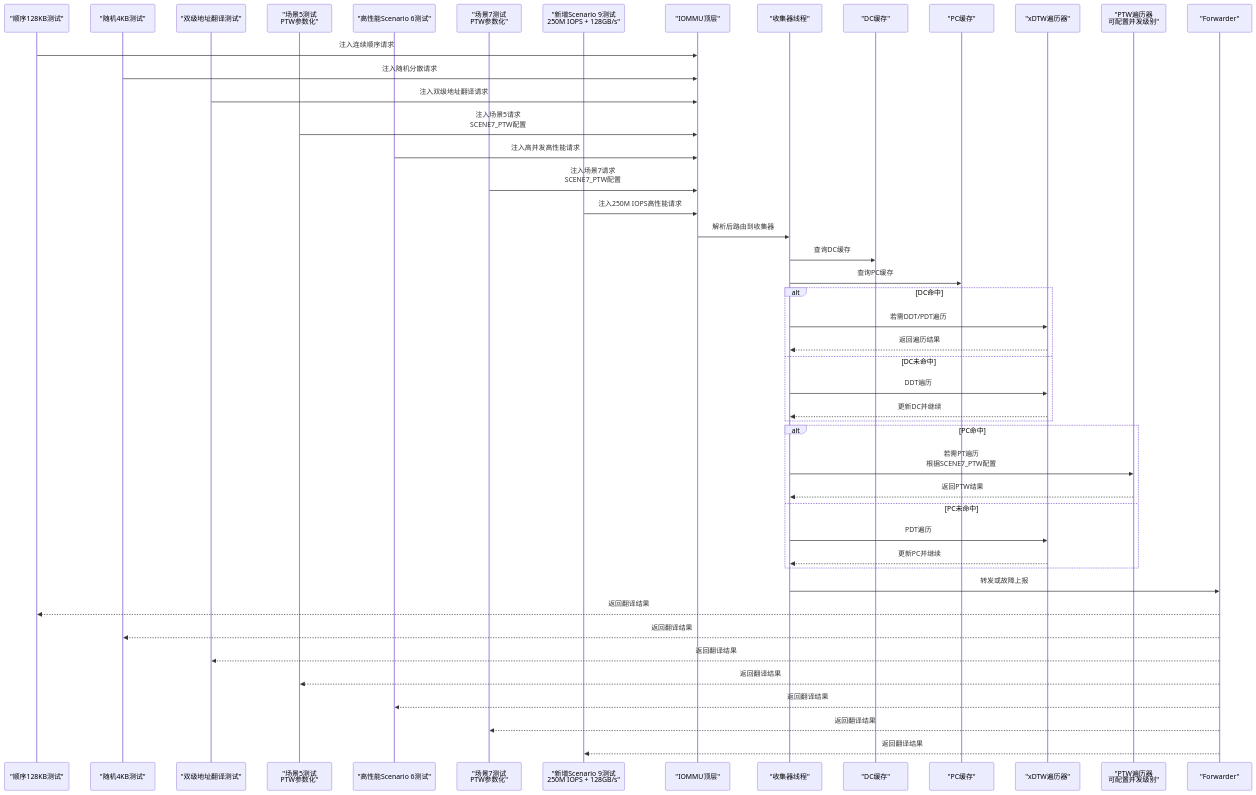
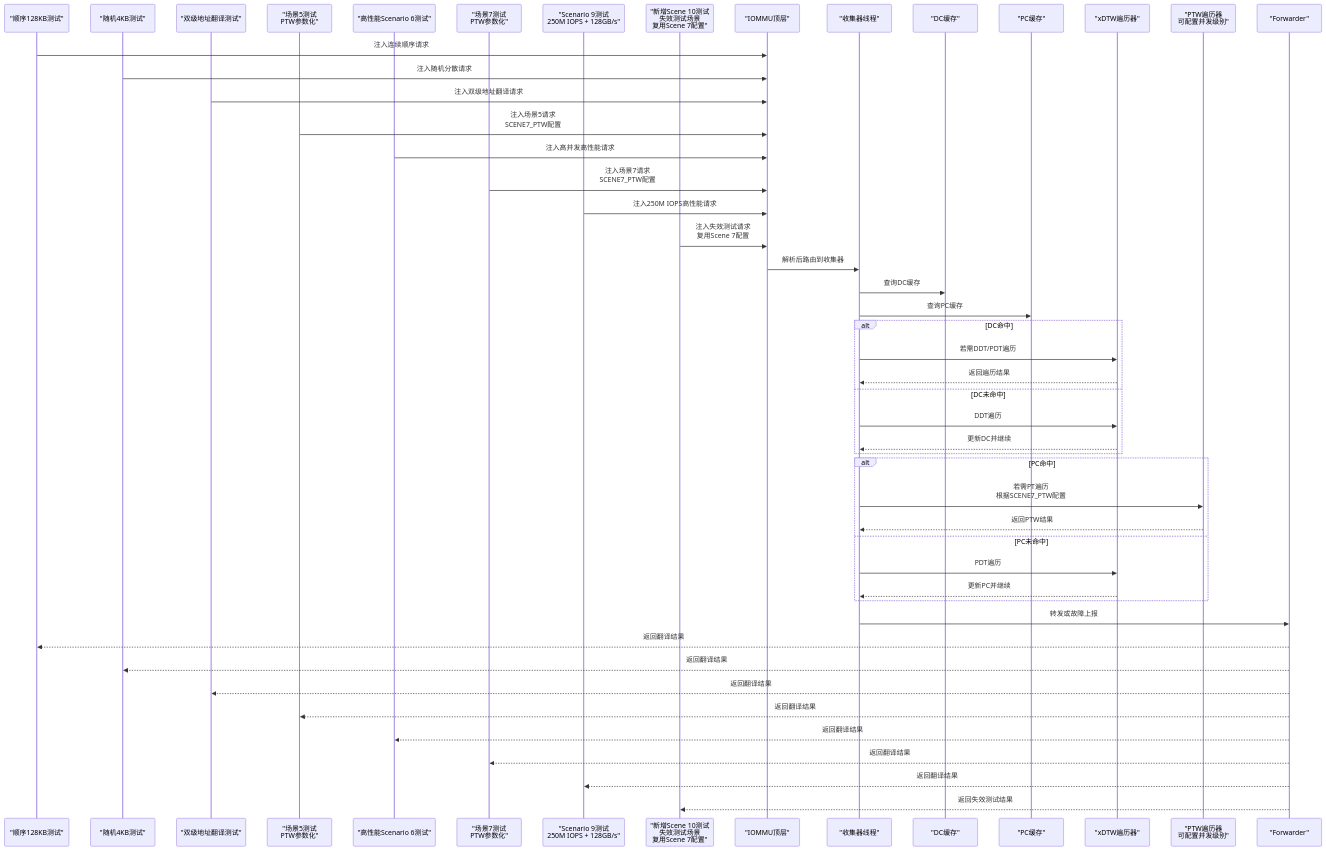
The second of 6 diagrams in .qoder/repowiki/zh/content/性能模型/性能基准测试.md (jiangjiang1122/iommu_model_20260401_v1), drawn with Mermaid before and after one commit. The commit also changed other lines of this file and 159 other files, not shown here.

Commit message:
chore: 更新知识库文档 + 新增PTW并发分析图表与数据文件

````diff
--- a/.qoder/repowiki/zh/content/性能模型/性能基准测试.md
+++ b/.qoder/repowiki/zh/content/性能模型/性能基准测试.md
@@ -148,49 +149,52 @@
 ```mermaid
 sequenceDiagram
 participant SCENE1 as "顺序128KB测试"
 participant SCENE2 as "随机4KB测试"
 participant SCENE3 as "双级地址翻译测试"
 participant SCENE5 as "场景5测试<br/>PTW参数化"
 participant SCENE6 as "高性能Scenario 6测试"
 participant SCENE7 as "场景7测试<br/>PTW参数化"
-participant SCENE9 as "新增Scenario 9测试<br/>250M IOPS + 128GB/s"
+participant SCENE9 as "Scenario 9测试<br/>250M IOPS + 128GB/s"
+participant SCENE10 as "新增Scene 10测试<br/>失效测试场景<br/>复用Scene 7配置"
 participant IOMMU as "IOMMU顶层"
 participant COL as "收集器线程"
 participant DC as "DC缓存"
 participant PC as "PC缓存"
 participant XDTW as "xDTW遍历器"
 participant PTW as "PTW遍历器<br/>可配置并发级别"
 participant FWD as "Forwarder"
 SCENE1->>IOMMU : 注入连续顺序请求
 SCENE2->>IOMMU : 注入随机分散请求
 SCENE3->>IOMMU : 注入双级地址翻译请求
 SCENE5->>IOMMU : 注入场景5请求<br/>SCENE7_PTW配置
 SCENE6->>IOMMU : 注入高并发高性能请求
 SCENE7->>IOMMU : 注入场景7请求<br/>SCENE7_PTW配置
 SCENE9->>IOMMU : 注入250M IOPS高性能请求
+SCENE10->>IOMMU : 注入失效测试请求<br/>复用Scene 7配置
 IOMMU->>COL : 解析后路由到收集器
 COL->>DC : 查询DC缓存
 COL->>PC : 查询PC缓存
 alt DC命中
 COL->>XDTW : 若需DDT/PDT遍历
 XDTW-->>COL : 返回遍历结果
 else DC未命中
 COL->>XDTW : DDT遍历
 XDTW-->>COL : 更新DC并继续
 end
 alt PC命中
 COL->>PTW : 若需PT遍历<br/>根据SCENE7_PTW配置
 PTW-->>COL : 返回PTW结果
 else PC未命中
 COL->>XDTW : PDT遍历
 XDTW-->>COL : 更新PC并继续
 end
 COL->>FWD : 转发或故障上报
 FWD-->>SCENE1 : 返回翻译结果
 FWD-->>SCENE2 : 返回翻译结果
 FWD-->>SCENE3 : 返回翻译结果
 FWD-->>SCENE5 : 返回翻译结果
 FWD-->>SCENE6 : 返回翻译结果
 FWD-->>SCENE7 : 返回翻译结果
 FWD-->>SCENE9 : 返回翻译结果
+FWD-->>SCENE10 : 返回失效测试结果
 ```
````
